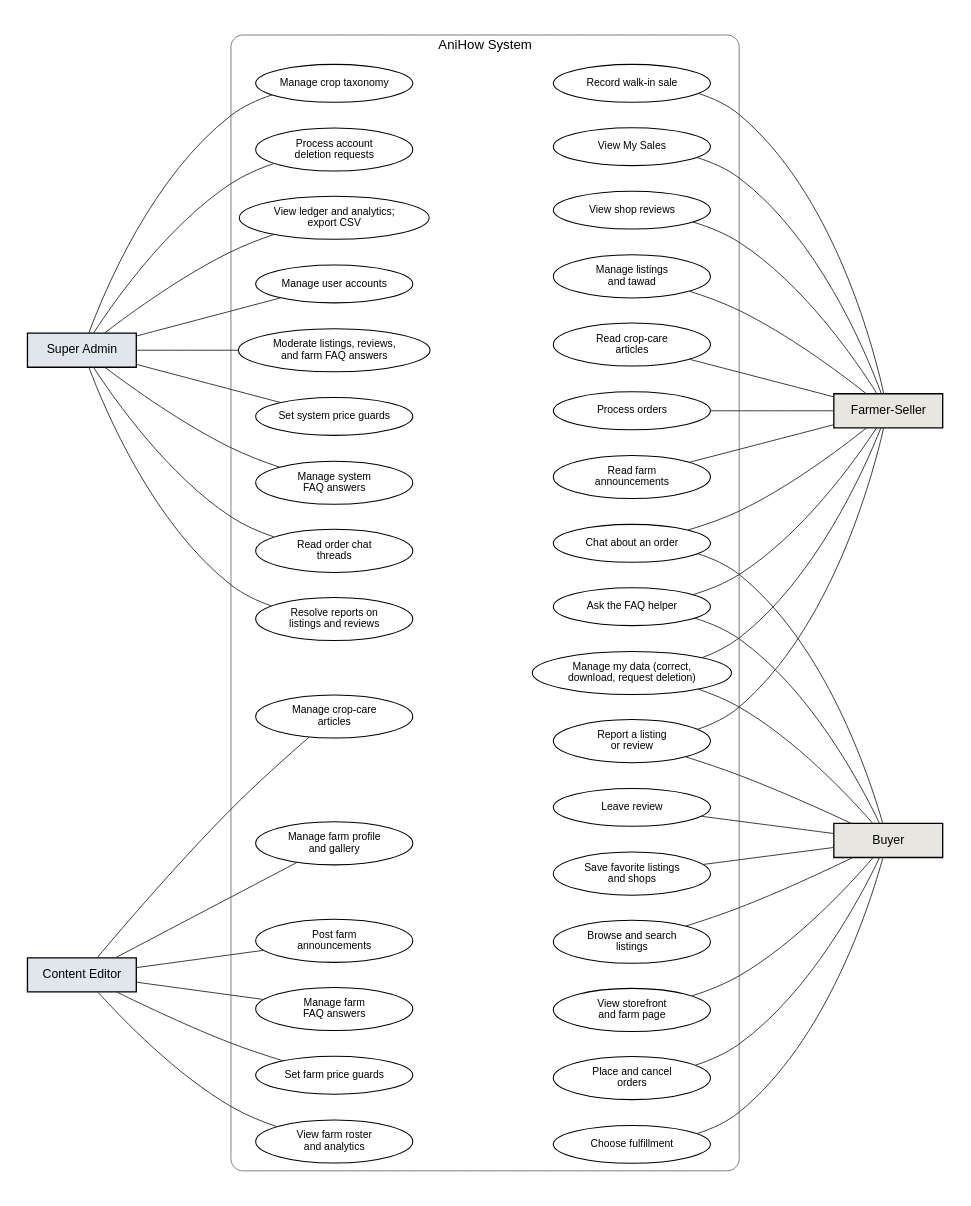
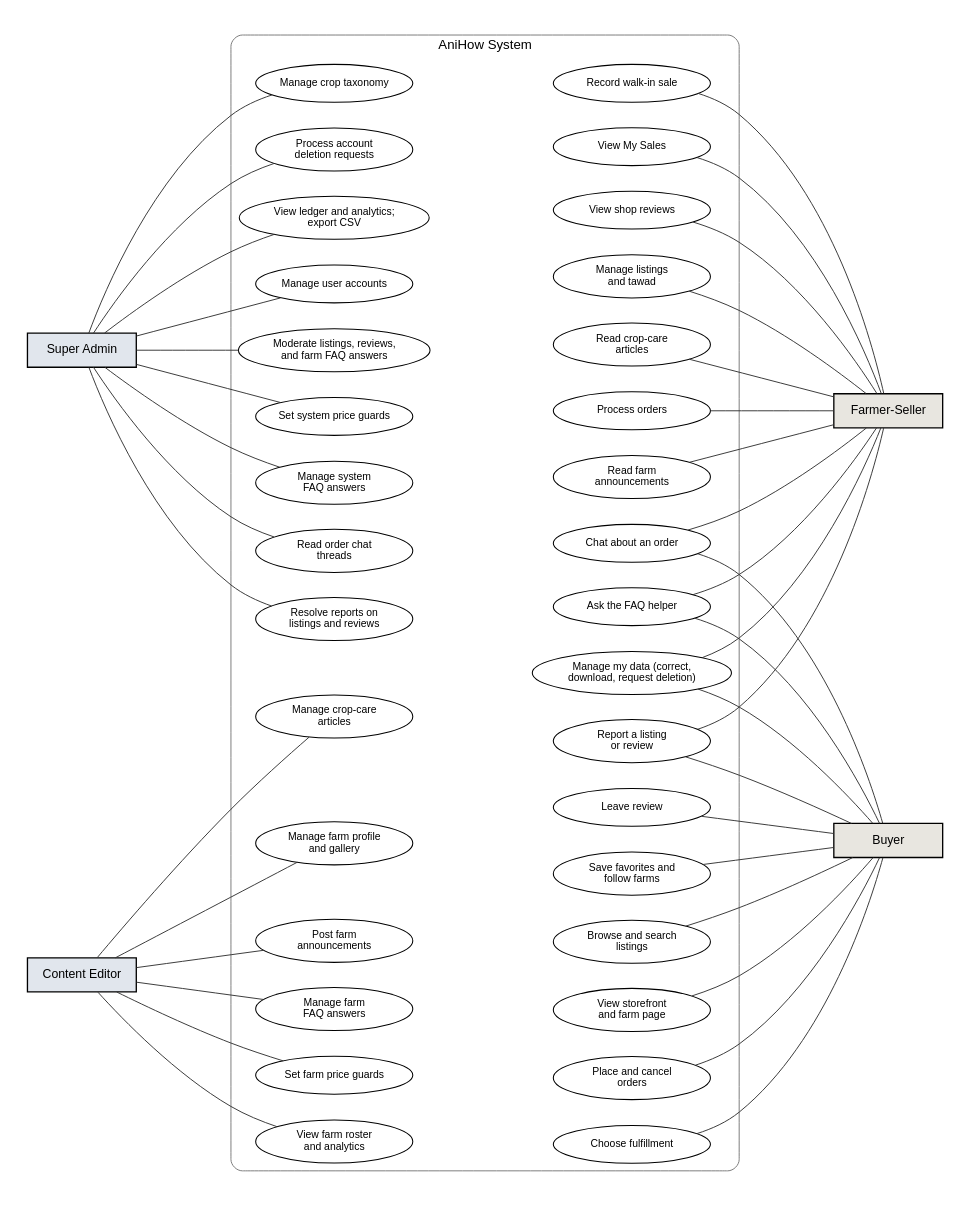
The diagram in docs/manuscript/figures/src/fig5_use_case.dot (shawncastaneda11-commits/anihow-backend), drawn with Graphviz before and after one commit. The commit also changed 6 other files, not shown here.

```diff
--- a/docs/manuscript/figures/src/fig5_use_case.dot
+++ b/docs/manuscript/figures/src/fig5_use_case.dot
@@ -1,75 +1,75 @@
 // Figure 5. Use case diagram of AniHow (v3.5, with content reports).
 digraph G {
   graph [rankdir=LR, nodesep=0.38, ranksep=1.5, pad=0.3, fontname="Liberation Sans", newrank=true, splines=spline];
   node  [fontname="Liberation Sans", fontsize=11];
   edge  [arrowhead=none, penwidth=1.0, color="#333333"];
 
   node [shape=box, style="filled", penwidth=1.4, fontsize=13, width=1.6];
   sa [label="Super Admin",    fillcolor="#E1E6ED"];
   ce [label="Content Editor", fillcolor="#E1E6ED"];
   fs [label="Farmer-Seller",  fillcolor="#E8E6E0"];
   by [label="Buyer",          fillcolor="#E8E6E0"];
 
   subgraph cluster_sys {
     label="AniHow System"; style="rounded"; color="#777777"; fontsize=14;
     node [shape=ellipse, style="solid", penwidth=1.1, width=2.3, height=0.55, fontsize=11];
 
     // Super Admin (CMS)
     sa1 [label="Manage user accounts"];
     sa2 [label="Set system price guards"];
     sa3 [label="Manage crop taxonomy"];
     sa4 [label="Moderate listings, reviews,\nand farm FAQ answers"];
     sa5 [label="Manage system\nFAQ answers"];
     sa6 [label="Process account\ndeletion requests"];
     sa7 [label="View ledger and analytics;\nexport CSV"];
     sa8 [label="Read order chat\nthreads"];
     sa9 [label="Resolve reports on\nlistings and reviews"];
 
     // Content Editor (CMS, own farm)
     ce1 [label="Manage crop-care\narticles"];
     ce2 [label="Manage farm profile\nand gallery"];
     ce3 [label="Post farm\nannouncements"];
     ce4 [label="Manage farm\nFAQ answers"];
     ce5 [label="Set farm price guards"];
     ce6 [label="View farm roster\nand analytics"];
 
     // Farmer-Seller (app)
     fs1 [label="Manage listings\nand tawad"];
     fs2 [label="Process orders"];
     fs3 [label="Record walk-in sale"];
     fs4 [label="Read crop-care\narticles"];
     fs5 [label="Read farm\nannouncements"];
     fs6 [label="View My Sales"];
     fs7 [label="View shop reviews"];
 
     // Shared by both app users
     sh1 [label="Chat about an order"];
     sh2 [label="Ask the FAQ helper"];
     sh3 [label="Manage my data (correct,\ndownload, request deletion)"];
     sh4 [label="Report a listing\nor review"];
 
     // Buyer (app)
     by1 [label="Browse and search\nlistings"];
     by2 [label="View storefront\nand farm page"];
     by3 [label="Place and cancel\norders"];
     by4 [label="Choose fulfillment"];
     by5 [label="Leave review"];
-    by6 [label="Save favorite listings\nand shops"];
+    by6 [label="Save favorites and\nfollow farms"];
   }
 
   sa -> {sa1 sa2 sa3 sa4 sa5 sa6 sa7 sa8 sa9};
   ce -> {ce1 ce2 ce3 ce4 ce5 ce6};
   {fs1 fs2 fs3 fs4 fs5 fs6 fs7 sh1 sh2 sh3 sh4} -> fs;
   {sh1 sh2 sh3 sh4 by1 by2 by3 by4 by5 by6} -> by;
 
   // two columns: CMS use cases (left) and app use cases (right)
   {rank=same; sa ce}
   {rank=same; sa1 sa2 sa3 sa4 sa5 sa6 sa7 sa8 sa9 ce1 ce2 ce3 ce4 ce5 ce6}
   {rank=same; fs1 fs2 fs3 fs4 fs5 fs6 fs7 sh1 sh2 sh3 sh4 by1 by2 by3 by4 by5 by6}
   {rank=same; fs by}
   edge [style=invis];
   sa1 -> fs1; sa2 -> fs2; sa3 -> fs3; sa4 -> fs4; sa5 -> fs5; sa6 -> fs6; sa7 -> fs7;
   sa8 -> sh1; sa9 -> sh2; ce1 -> sh3; ce2 -> sh4; ce3 -> by1; ce4 -> by2; ce5 -> by3; ce6 -> by4;
   sa1 -> sa2 -> sa3 -> sa4 -> sa5 -> sa6 -> sa7 -> sa8 -> sa9 -> ce1 -> ce2 -> ce3 -> ce4 -> ce5 -> ce6 [constraint=false];
   fs1 -> fs2 -> fs3 -> fs4 -> fs5 -> fs6 -> fs7 -> sh1 -> sh2 -> sh3 -> sh4 -> by1 -> by2 -> by3 -> by4 -> by5 -> by6 [constraint=false];
 }
```
